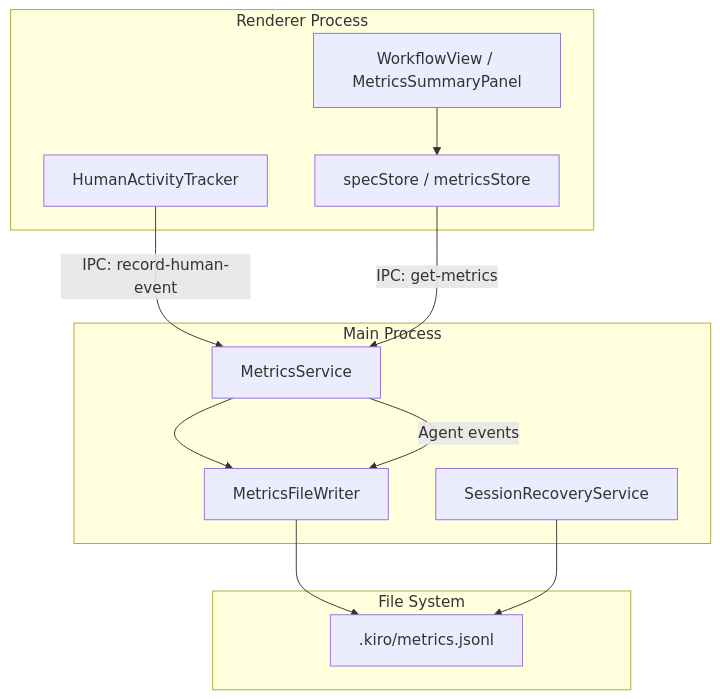
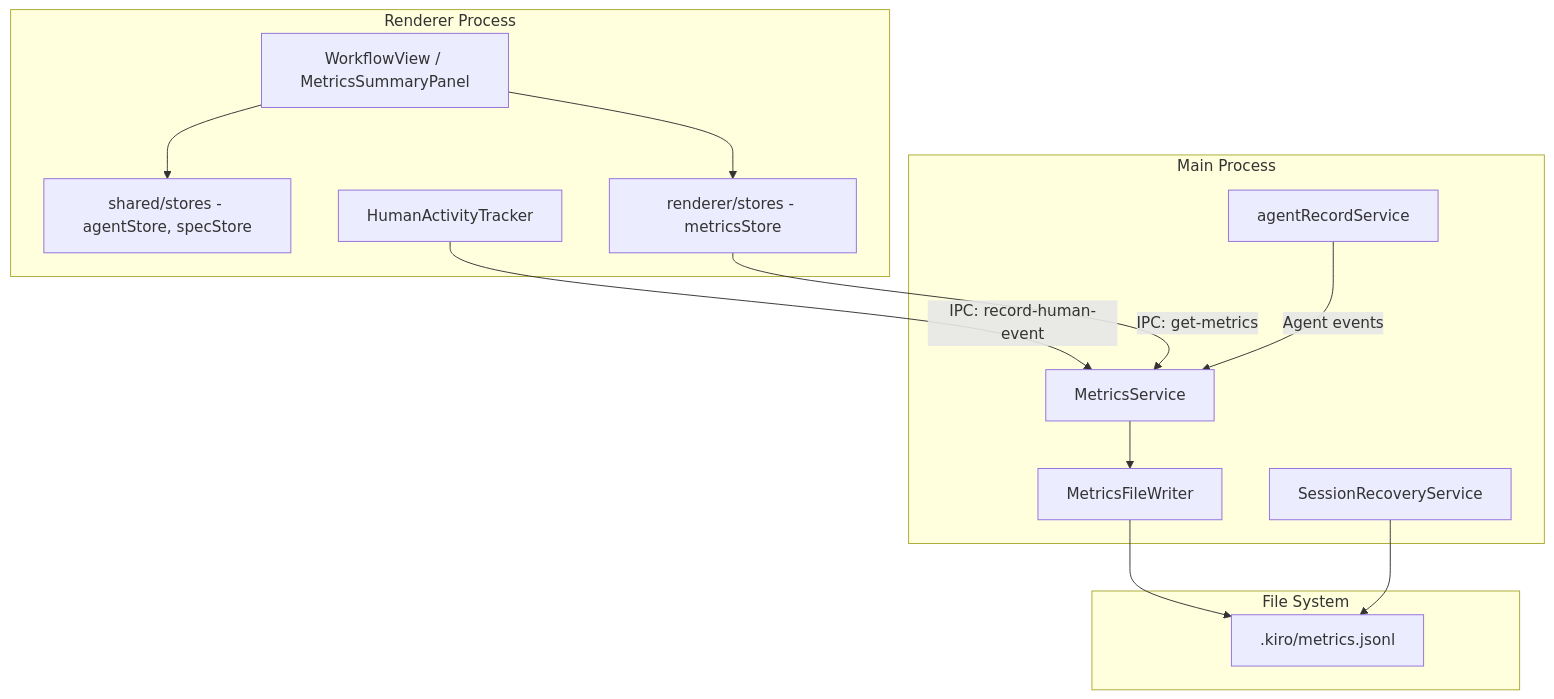
Before and after one commit to hummer98/sdd-orchestrator: the first of 4 diagrams in .kiro/specs/spec-productivity-metrics/design.md, drawn with Mermaid. The commit also changed other lines of this file and 2 other files, not shown here.

First line of the commit message:
docs(spec): spec-productivity-metricsの設計をagentStore/SSOT構造に整合

````diff
--- a/.kiro/specs/spec-productivity-metrics/design.md
+++ b/.kiro/specs/spec-productivity-metrics/design.md
@@ -45,26 +47,29 @@
 ```mermaid
 graph TB
     subgraph Renderer[Renderer Process]
         UI[WorkflowView / MetricsSummaryPanel]
-        Store[specStore / metricsStore]
+        SharedStore[shared/stores - agentStore, specStore]
+        RendererStore[renderer/stores - metricsStore]
         Tracker[HumanActivityTracker]
     end
 
     subgraph Main[Main Process]
         Service[MetricsService]
         Writer[MetricsFileWriter]
         Recovery[SessionRecoveryService]
+        AgentRecord[agentRecordService]
     end
 
     subgraph Storage[File System]
         JSONL[.kiro/metrics.jsonl]
     end
 
-    UI --> Store
+    UI --> SharedStore
+    UI --> RendererStore
     Tracker --> |IPC: record-human-event| Service
-    Store --> |IPC: get-metrics| Service
+    RendererStore --> |IPC: get-metrics| Service
     Service --> Writer
     Writer --> JSONL
     Recovery --> JSONL
-    Service --> |Agent events| Writer
+    AgentRecord --> |Agent events| Service
 ```
````
